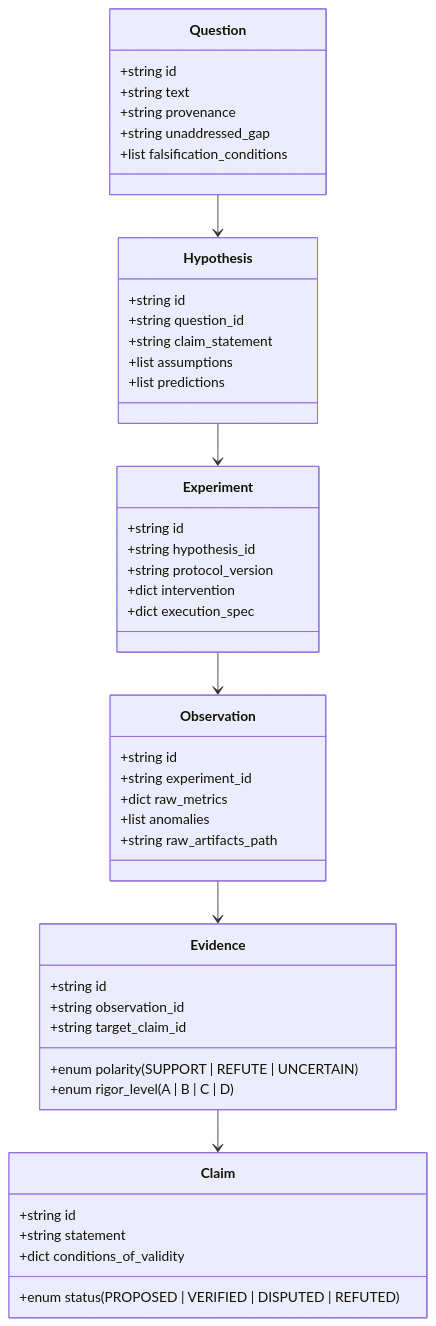
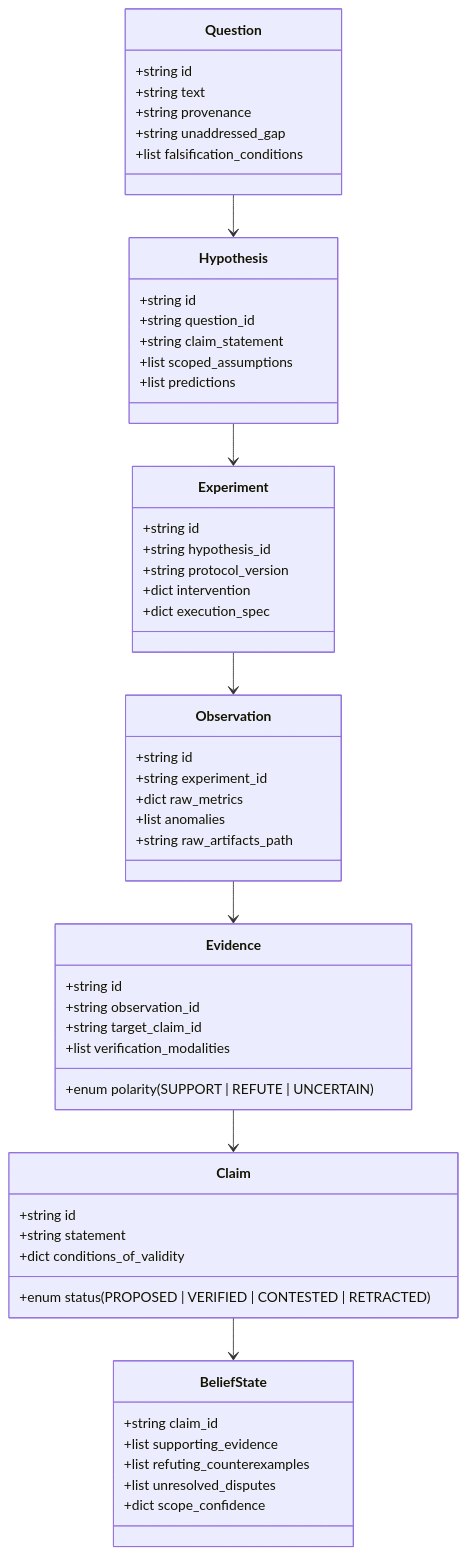
Before and after one commit to Qingzhu093/greatwall-agent: the third of 20 diagrams in V4_总体架构与工程规范_全编整合版.md, drawn with Mermaid. The commit also changed other lines of this file, not shown here.

Commit message:
feat(v4.1): upgrade master architecture spec with 4-tier triage, epistemic synthesis, clean-room worktrees, and 3D cognitive asymmetry

````diff
--- a/V4_总体架构与工程规范_全编整合版.md
+++ b/V4_总体架构与工程规范_全编整合版.md
@@ -187,50 +207,58 @@
 ```mermaid
 classDiagram
     class Question {
         +string id
         +string text
         +string provenance
         +string unaddressed_gap
         +list falsification_conditions
     }
     class Hypothesis {
         +string id
         +string question_id
         +string claim_statement
-        +list assumptions
+        +list scoped_assumptions
         +list predictions
     }
     class Experiment {
         +string id
         +string hypothesis_id
         +string protocol_version
         +dict intervention
         +dict execution_spec
     }
     class Observation {
         +string id
         +string experiment_id
         +dict raw_metrics
         +list anomalies
         +string raw_artifacts_path
     }
     class Evidence {
         +string id
         +string observation_id
         +string target_claim_id
         +enum polarity (SUPPORT | REFUTE | UNCERTAIN)
-        +enum rigor_level (A | B | C | D)
+        +list verification_modalities
     }
     class Claim {
         +string id
         +string statement
         +dict conditions_of_validity
-        +enum status (PROPOSED | VERIFIED | DISPUTED | REFUTED)
+        +enum status (PROPOSED | VERIFIED | CONTESTED | RETRACTED)
+    }
+    class BeliefState {
+        +string claim_id
+        +list supporting_evidence
+        +list refuting_counterexamples
+        +list unresolved_disputes
+        +dict scope_confidence
     }
 
     Question --> Hypothesis
     Hypothesis --> Experiment
     Experiment --> Observation
     Observation --> Evidence
     Evidence --> Claim
+    Claim --> BeliefState
 ```
````
